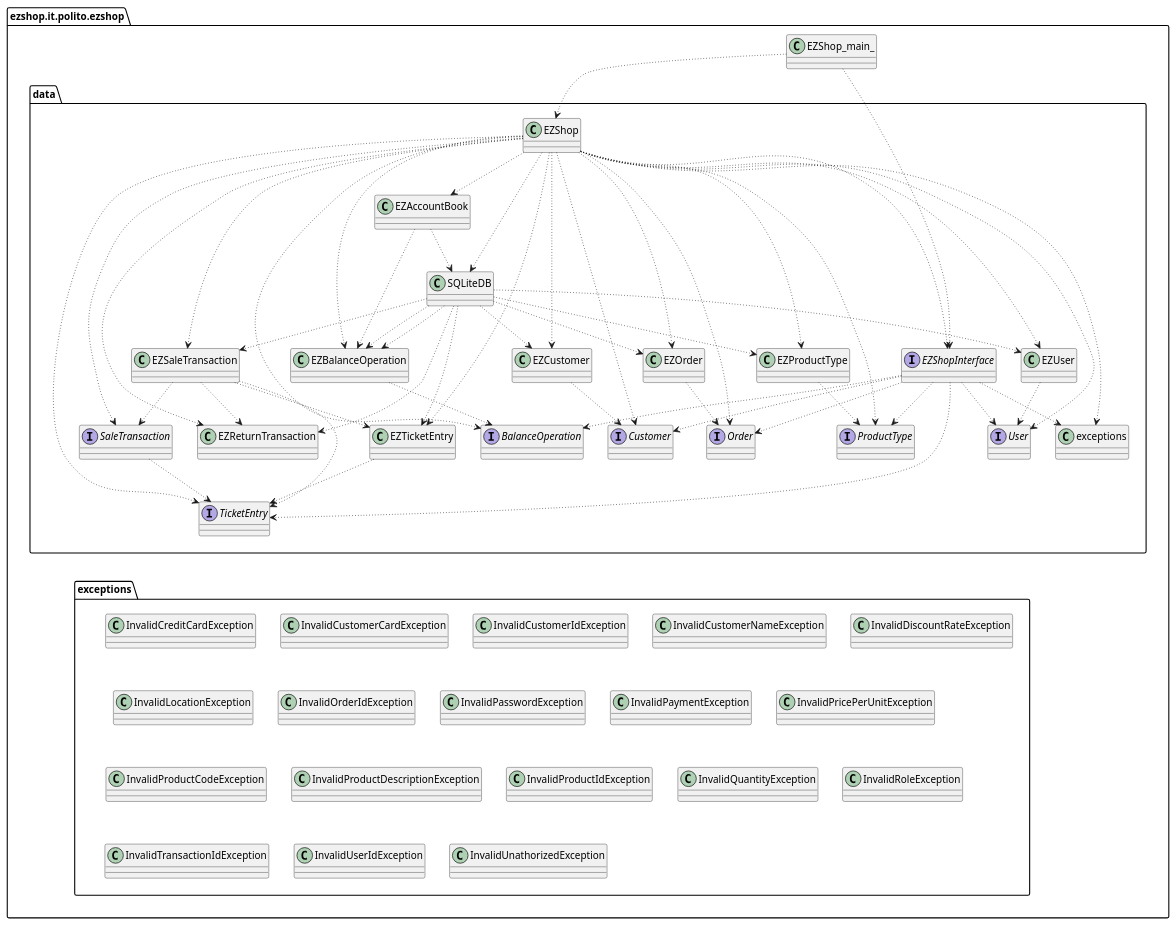
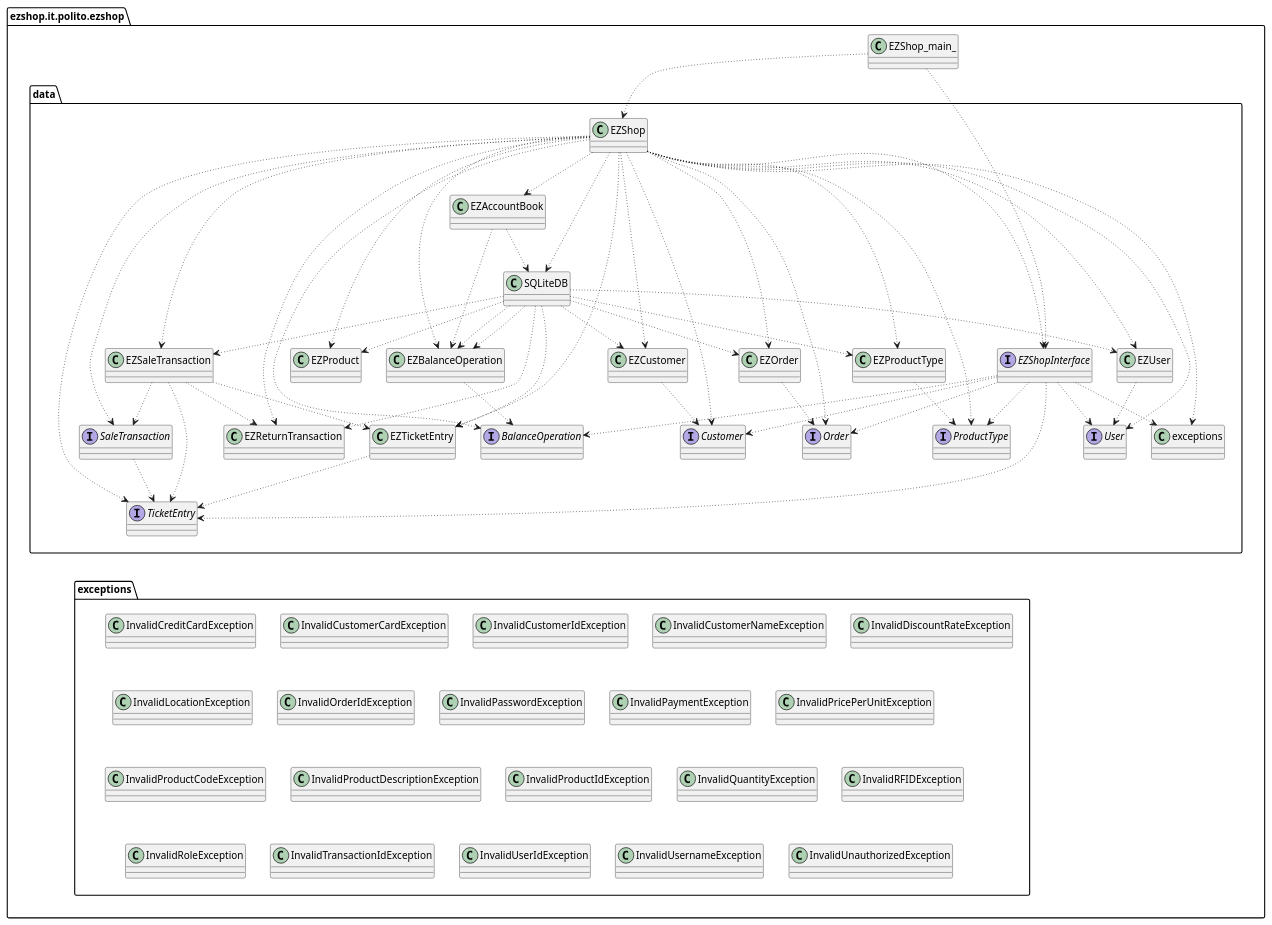
Before and after one commit to Stormz4/group20-EzShop: the diagram in Deliverables/IntegrationAPITestReport.md, drawn with PlantUML. The commit also changed other lines of this file and 2 other files, not shown here.

```diff
--- a/Deliverables/IntegrationAPITestReport.md
+++ b/Deliverables/IntegrationAPITestReport.md
@@ -50,6 +51,7 @@
      class EZBalanceOperation
      class EZCustomer
      class EZOrder
+     class EZProduct
      class EZProductType
      class EZReturnTransaction
      class EZTicketEntry
@@ -80,6 +82,7 @@
      EZShop .down[dotted].> BalanceOperation
      EZShop .down[dotted].> Customer
      EZShop .down[dotted].> Order 
+     EZShop .down[dotted].> EZProduct
      EZShop .down[dotted].> ProductType
      EZShop .down[dotted].> TicketEntry
      EZShop .down[dotted].> User
@@ -90,6 +93,7 @@
      SQLiteDB .down[dotted].> EZBalanceOperation
      SQLiteDB .down[dotted].> EZCustomer
      SQLiteDB .down[dotted].> EZOrder
+     SQLiteDB .down[dotted].> EZProduct
      SQLiteDB .down[dotted].> EZProductType
      SQLiteDB .down[dotted].> EZBalanceOperation
      SQLiteDB .down[dotted].> EZReturnTransaction
@@ -130,10 +134,12 @@
      class InvalidProductDescriptionException
      class InvalidProductIdException
      class InvalidQuantityException
+     class InvalidRFIDException
      class InvalidRoleException
      class InvalidTransactionIdException
      class InvalidUserIdException
-     class InvalidUnathorizedException
+     class InvalidUsernameException
+     class InvalidUnauthorizedException
 
     }
     TicketEntry -down[hidden]- exceptions
```
